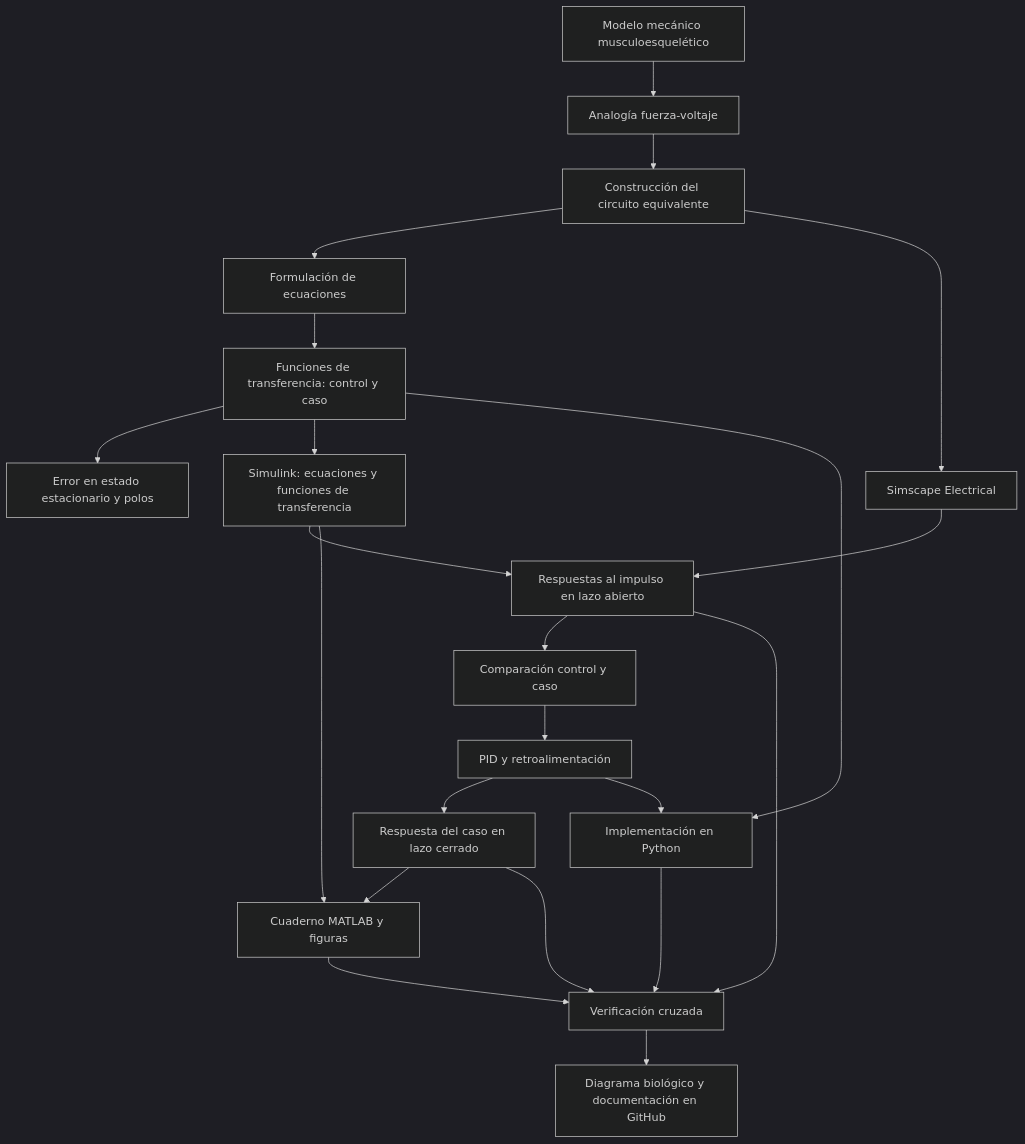
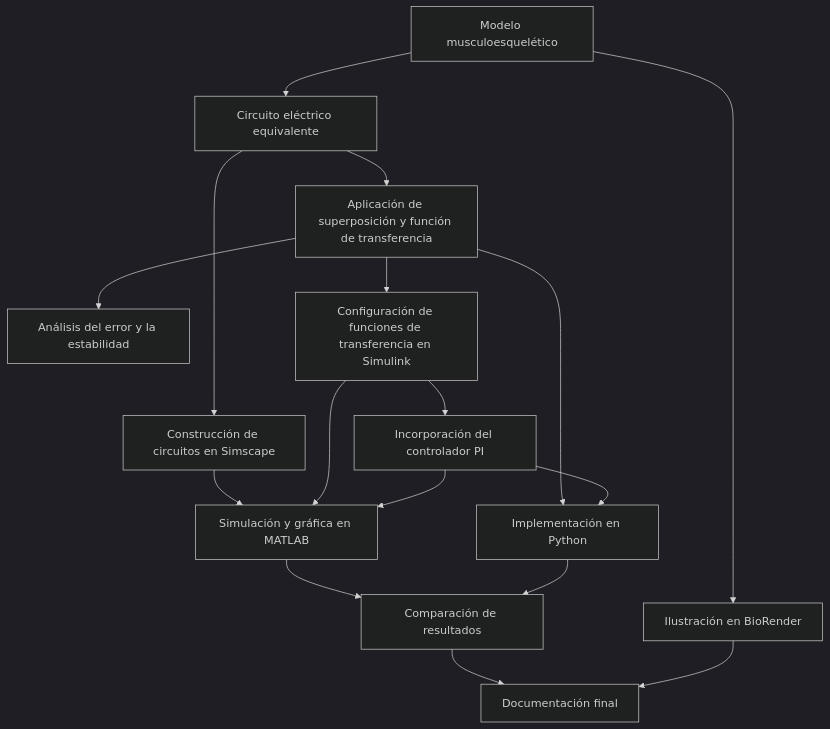
One commit to EmmanuelCID/MSFP3 changed the diagram in README.md. Above: the diagram before and after it, drawn with Mermaid (dark theme). The commit also changed other lines of this file, not shown here.

````diff
--- a/README.md
+++ b/README.md
@@ -394,24 +537,19 @@
 ```mermaid
 flowchart TD
-    A[Modelo mecánico musculoesquelético] --> B[Analogía fuerza-voltaje]
-    B --> C[Construcción del circuito equivalente]
-    C --> D[Formulación de ecuaciones]
-    D --> E[Funciones de transferencia: control y caso]
-    E --> F[Error en estado estacionario y polos]
-    E --> G[Simulink: ecuaciones y funciones de transferencia]
-    C --> H[Simscape Electrical]
-    G --> I[Respuestas al impulso en lazo abierto]
-    H --> I
-    I --> J[Comparación control y caso]
-    J --> K[PID y retroalimentación]
-    K --> L[Respuesta del caso en lazo cerrado]
-    E --> M[Implementación en Python]
-    K --> M
-    G --> N[Cuaderno MATLAB y figuras]
-    L --> N
-    I --> O[Verificación cruzada]
-    L --> O
-    M --> O
-    N --> O
-    O --> P[Diagrama biológico y documentación en GitHub]
+    A[Modelo musculoesquelético] --> B[Circuito eléctrico equivalente]
+    B --> C[Aplicación de superposición y función de transferencia]
+    C --> D[Análisis del error y la estabilidad]
+    B --> E[Construcción de circuitos en Simscape]
+    C --> F[Configuración de funciones de transferencia en Simulink]
+    F --> G[Incorporación del controlador PI]
+    E --> H[Simulación y gráfica en MATLAB]
+    F --> H
+    G --> H
+    C --> I[Implementación en Python]
+    G --> I
+    H --> J[Comparación de resultados]
+    I --> J
+    A --> K[Ilustración en BioRender]
+    J --> L[Documentación final]
+    K --> L
 ```
````
